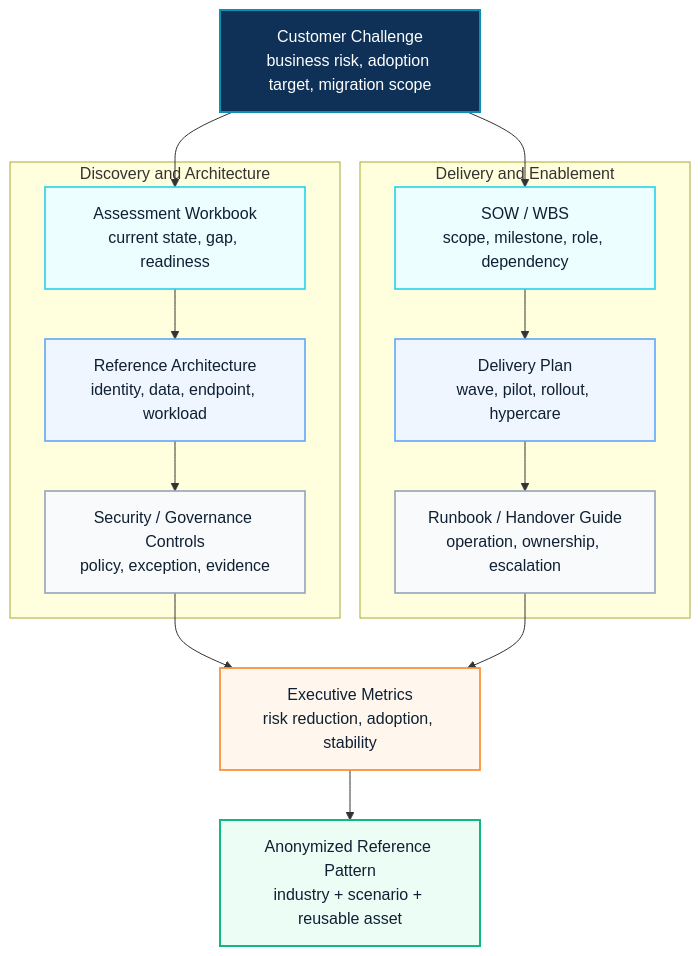
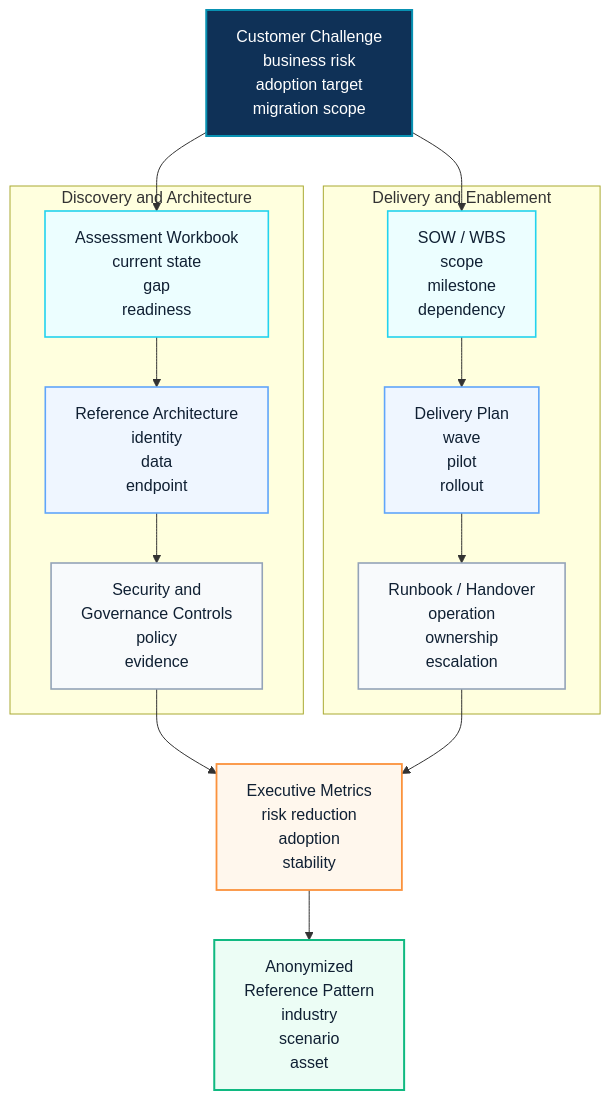
The third of 3 diagrams in docs/projects/customer-success-reference-patterns.md (Eric841001/Eric841001.github.io), drawn with Mermaid before and after one commit. The commit also changed other lines of this file and 5 other files, not shown here.

Commit message:
Fix Mermaid diagram text clipping

````diff
--- a/docs/projects/customer-success-reference-patterns.md
+++ b/docs/projects/customer-success-reference-patterns.md
@@ -84,32 +84,32 @@
 ```mermaid
 flowchart TB
-  Challenge["Customer Challenge<br/>business risk, adoption target, migration scope"]:::source
+  Challenge["Customer Challenge<br/>business risk<br/>adoption target<br/>migration scope"]:::source
 
   subgraph Discovery["Discovery and Architecture"]
-    Assessment["Assessment Workbook<br/>current state, gap, readiness"]:::asset
-    Architecture["Reference Architecture<br/>identity, data, endpoint, workload"]:::design
-    Controls["Security / Governance Controls<br/>policy, exception, evidence"]:::control
+    Assessment["Assessment Workbook<br/>current state<br/>gap<br/>readiness"]:::asset
+    Architecture["Reference Architecture<br/>identity<br/>data<br/>endpoint"]:::design
+    Controls["Security and<br/>Governance Controls<br/>policy<br/>evidence"]:::control
   end
 
   subgraph Delivery["Delivery and Enablement"]
-    SOW["SOW / WBS<br/>scope, milestone, role, dependency"]:::asset
-    Plan["Delivery Plan<br/>wave, pilot, rollout, hypercare"]:::design
-    Runbook["Runbook / Handover Guide<br/>operation, ownership, escalation"]:::control
+    SOW["SOW / WBS<br/>scope<br/>milestone<br/>dependency"]:::asset
+    Plan["Delivery Plan<br/>wave<br/>pilot<br/>rollout"]:::design
+    Runbook["Runbook / Handover<br/>operation<br/>ownership<br/>escalation"]:::control
   end
 
-  Metrics["Executive Metrics<br/>risk reduction, adoption, stability"]:::metric
-  Reference["Anonymized Reference Pattern<br/>industry + scenario + reusable asset"]:::reference
+  Metrics["Executive Metrics<br/>risk reduction<br/>adoption<br/>stability"]:::metric
+  Reference["Anonymized<br/>Reference Pattern<br/>industry<br/>scenario<br/>asset"]:::reference
 
   Challenge --> Assessment
   Challenge --> SOW
   Assessment --> Architecture --> Controls --> Metrics
   SOW --> Plan --> Runbook --> Metrics
   Metrics --> Reference
 
   classDef source fill:#0f3157,stroke:#0891b2,color:#ffffff,stroke-width:2px
   classDef asset fill:#ecfeff,stroke:#22d3ee,color:#102033,stroke-width:1.6px
   classDef design fill:#eff6ff,stroke:#60a5fa,color:#102033,stroke-width:1.6px
   classDef control fill:#f8fafc,stroke:#94a3b8,color:#102033,stroke-width:1.6px
   classDef metric fill:#fff7ed,stroke:#fb923c,color:#102033,stroke-width:1.8px
   classDef reference fill:#ecfdf5,stroke:#10b981,color:#102033,stroke-width:2px
 ```
````
